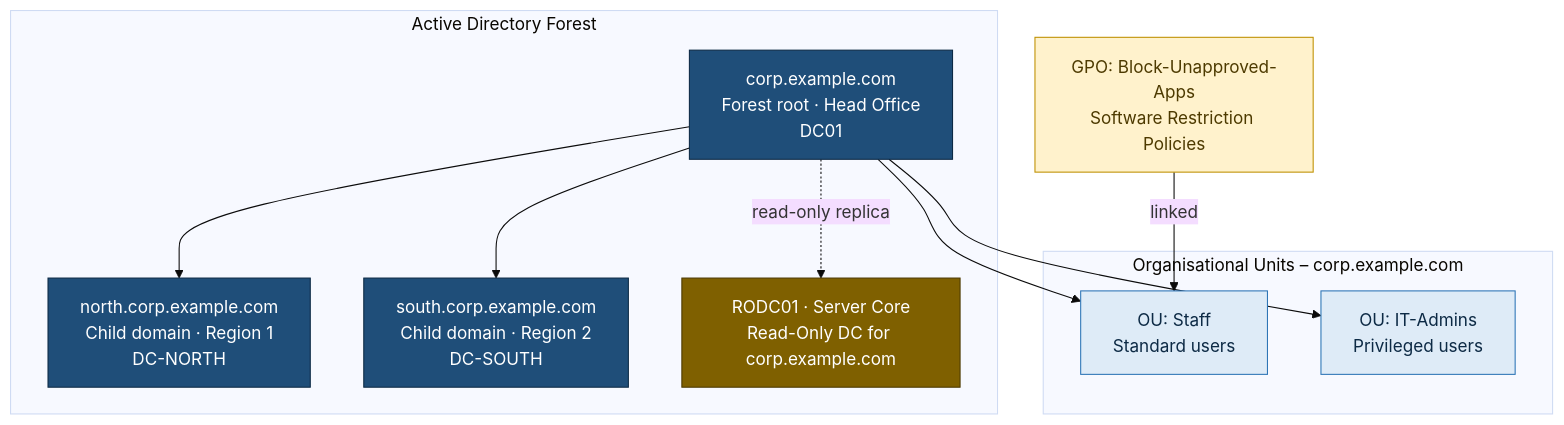
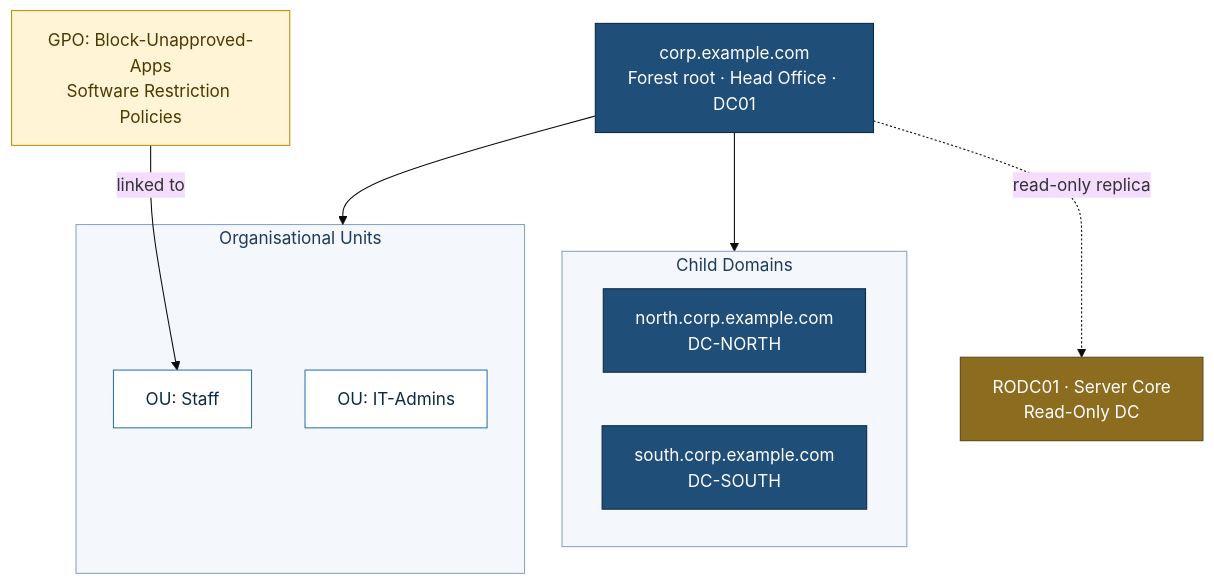
Before and after one commit to arion-zone/IT-Support-Labs: the diagram in Enterprise-Network-Labs/03-multi-domain-forest-and-group-policy/README.md, drawn with Mermaid (base theme). The commit also changed 4 other files, not shown here.

Commit message:
Polish architecture diagrams: compact layouts and consistent styling

````diff
--- a/Enterprise-Network-Labs/03-multi-domain-forest-and-group-policy/README.md
+++ b/Enterprise-Network-Labs/03-multi-domain-forest-and-group-policy/README.md
@@ -15,27 +15,27 @@
 ```mermaid
 flowchart TB
-    subgraph FOREST["Active Directory Forest"]
-        ROOT["corp.example.com<br/>Forest root · Head Office<br/>DC01"]:::dc
-        NORTH["north.corp.example.com<br/>Child domain · Region 1<br/>DC-NORTH"]:::dc
-        SOUTH["south.corp.example.com<br/>Child domain · Region 2<br/>DC-SOUTH"]:::dc
-        RODC["RODC01 · Server Core<br/>Read-Only DC for corp.example.com"]:::ro
+    ROOT["corp.example.com<br/>Forest root · Head Office · DC01"]:::dc
+    subgraph CHILD["Child Domains"]
+        NORTH["north.corp.example.com<br/>DC-NORTH"]:::dc
+        SOUTH["south.corp.example.com<br/>DC-SOUTH"]:::dc
     end
-    ROOT --> NORTH
-    ROOT --> SOUTH
+    RODC["RODC01 · Server Core<br/>Read-Only DC"]:::ro
+    subgraph OUS["Organisational Units"]
+        STAFF["OU: Staff"]:::client
+        ADMINS["OU: IT-Admins"]:::client
+    end
+    GPO["GPO: Block-Unapproved-Apps<br/>Software Restriction Policies"]:::policy
+    ROOT --> CHILD
     ROOT -. "read-only replica" .-> RODC
-
-    subgraph OUS["Organisational Units – corp.example.com"]
-        STAFF["OU: Staff<br/>Standard users"]:::client
-        ADMINS["OU: IT-Admins<br/>Privileged users"]:::client
-    end
-    ROOT --> STAFF
-    ROOT --> ADMINS
-    GPO["GPO: Block-Unapproved-Apps<br/>Software Restriction Policies"]:::policy -- "linked" --> STAFF
+    ROOT --> OUS
+    GPO -- "linked to" --> STAFF
+    class CHILD,OUS zone
     classDef dc fill:#1f4e79,stroke:#0d2a45,color:#ffffff
     classDef srv fill:#2e75b6,stroke:#1f4e79,color:#ffffff
-    classDef client fill:#deebf7,stroke:#2e75b6,color:#0d2a45
-    classDef ro fill:#7f6000,stroke:#4d3a00,color:#ffffff
-    classDef net fill:#e2f0d9,stroke:#548235,color:#1e3d0f
-    classDef edge fill:#595959,stroke:#262626,color:#ffffff
-    classDef policy fill:#fff2cc,stroke:#bf9000,color:#4d3a00
+    classDef client fill:#ffffff,stroke:#2e75b6,color:#0d2a45
+    classDef ro fill:#8c6d1f,stroke:#5c4712,color:#ffffff
+    classDef data fill:#ffffff,stroke:#548235,color:#1e3d0f
+    classDef edge fill:#404040,stroke:#1a1a1a,color:#ffffff
+    classDef policy fill:#fff4d6,stroke:#bf9000,color:#4d3a00
+    classDef zone fill:#f4f7fb,stroke:#8aa4c0,color:#1f3a5a
 ```
````
